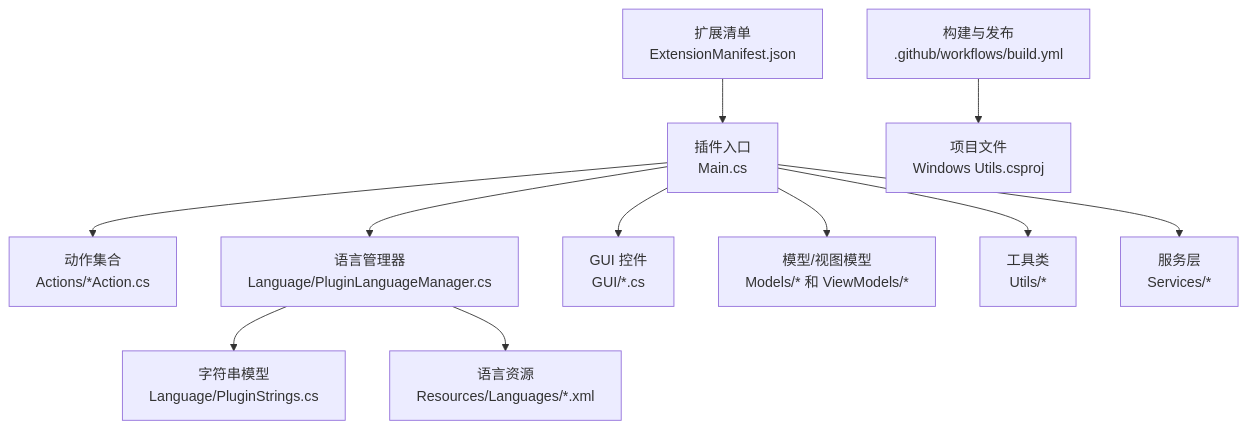
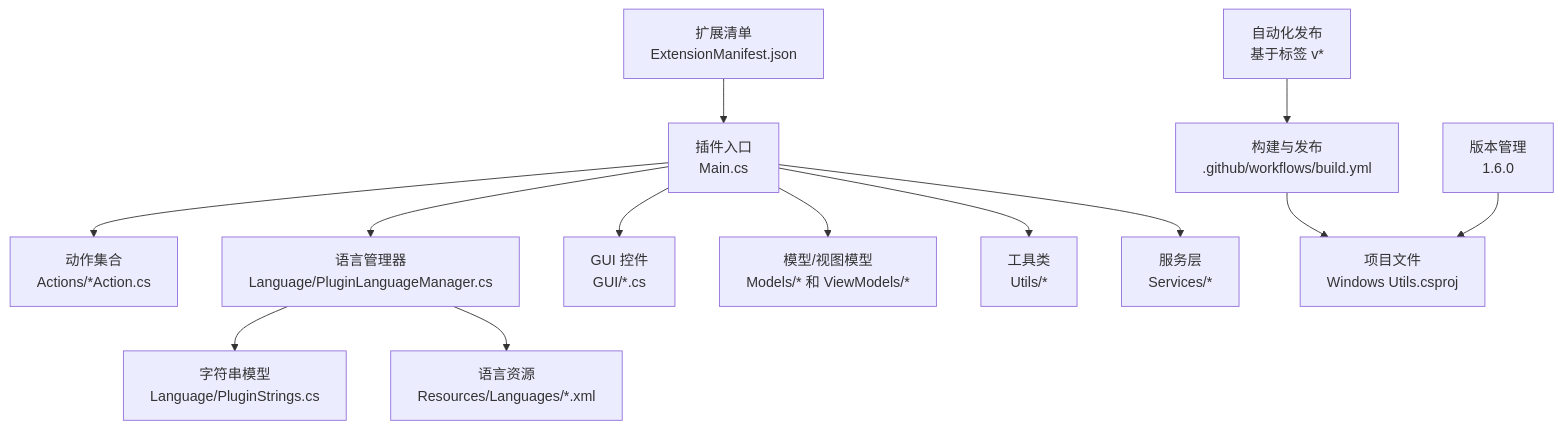
The first of 7 diagrams in .qoder/repowiki/zh/content/贡献指南.md (tea4go/Macro-Deck-Windows-Utils-Plugin), drawn with Mermaid before and after one commit. The commit also changed other lines of this file and 37 other files, not shown here.

````diff
--- a/.qoder/repowiki/zh/content/贡献指南.md
+++ b/.qoder/repowiki/zh/content/贡献指南.md
@@ -40,13 +49,15 @@
 ```mermaid
 graph TB
 A["插件入口<br/>Main.cs"] --> B["动作集合<br/>Actions/*Action.cs"]
 A --> C["语言管理器<br/>Language/PluginLanguageManager.cs"]
 C --> D["字符串模型<br/>Language/PluginStrings.cs"]
 C --> E["语言资源<br/>Resources/Languages/*.xml"]
 A --> F["GUI 控件<br/>GUI/*.cs"]
 A --> G["模型/视图模型<br/>Models/* 和 ViewModels/*"]
 A --> H["工具类<br/>Utils/*"]
 A --> I["服务层<br/>Services/*"]
 J["构建与发布<br/>.github/workflows/build.yml"] --> K["项目文件<br/>Windows Utils.csproj"]
 L["扩展清单<br/>ExtensionManifest.json"] --> A
+M["自动化发布<br/>基于标签 v*"] --> J
+N["版本管理<br/>1.6.0"] --> K
 ```
````
